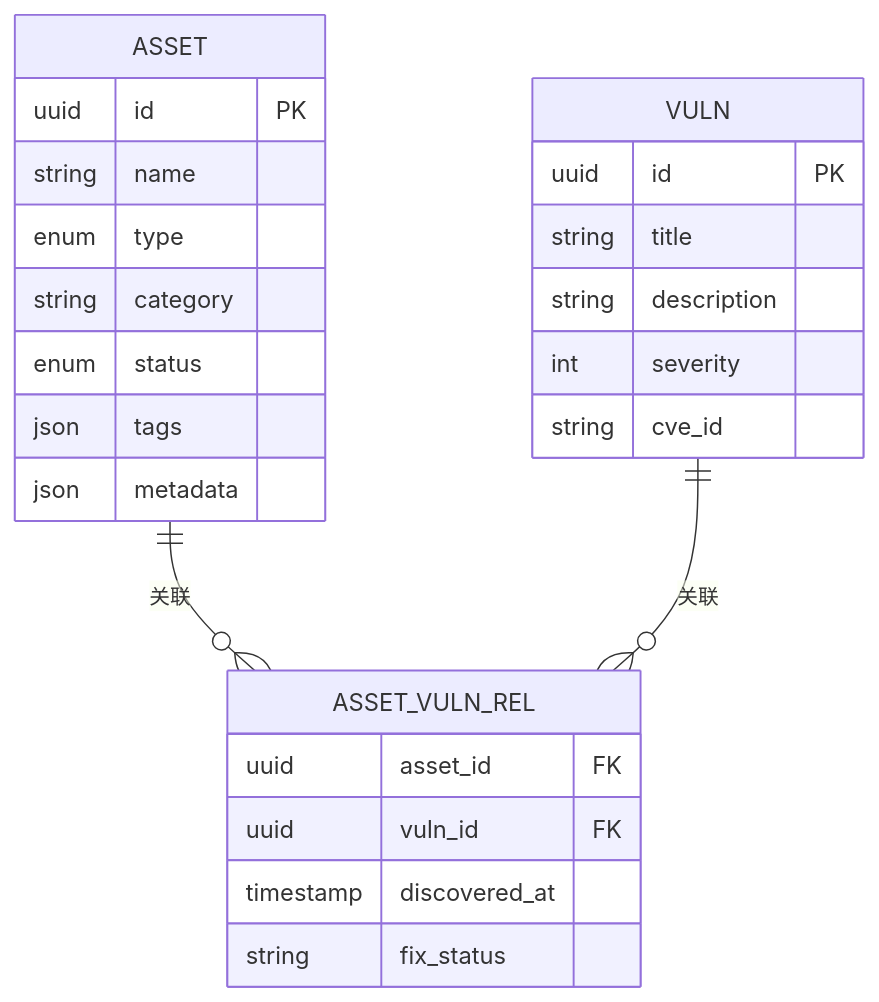
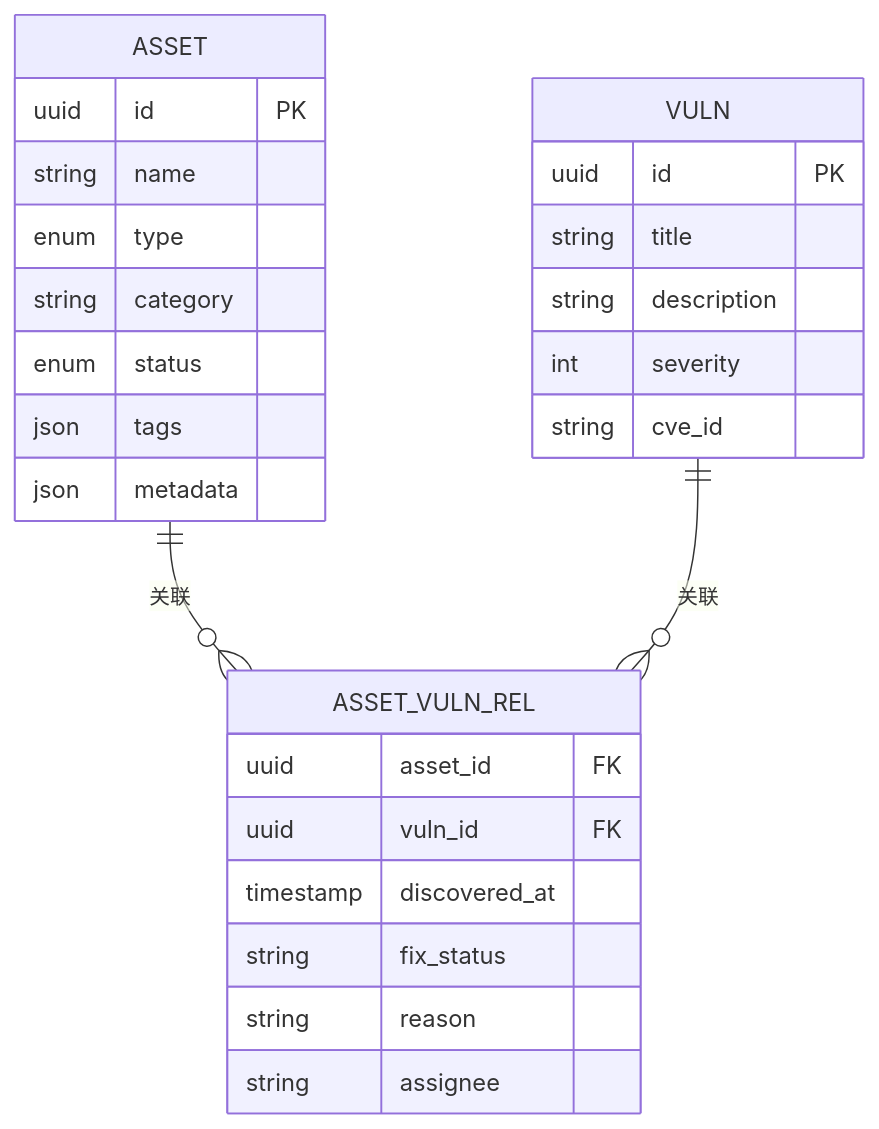
The sixth of 10 diagrams in .qoder/repowiki/zh/content/项目概览/核心功能概述/资产管理模块.md (vu1Art1st/talos), drawn with Mermaid before and after one commit. The commit also changed other lines of this file and 132 other files, not shown here.

````diff
--- a/.qoder/repowiki/zh/content/项目概览/核心功能概述/资产管理模块.md
+++ b/.qoder/repowiki/zh/content/项目概览/核心功能概述/资产管理模块.md
@@ -293,27 +284,29 @@
 ```mermaid
 erDiagram
 ASSET {
 uuid id PK
 string name
 enum type
 string category
 enum status
 json tags
 json metadata
 }
 VULN {
 uuid id PK
 string title
 string description
 int severity
 string cve_id
 }
 ASSET_VULN_REL {
 uuid asset_id FK
 uuid vuln_id FK
 timestamp discovered_at
 string fix_status
+string reason
+string assignee
 }
 ASSET ||--o{ ASSET_VULN_REL : "关联"
 VULN ||--o{ ASSET_VULN_REL : "关联"
 ```
````
